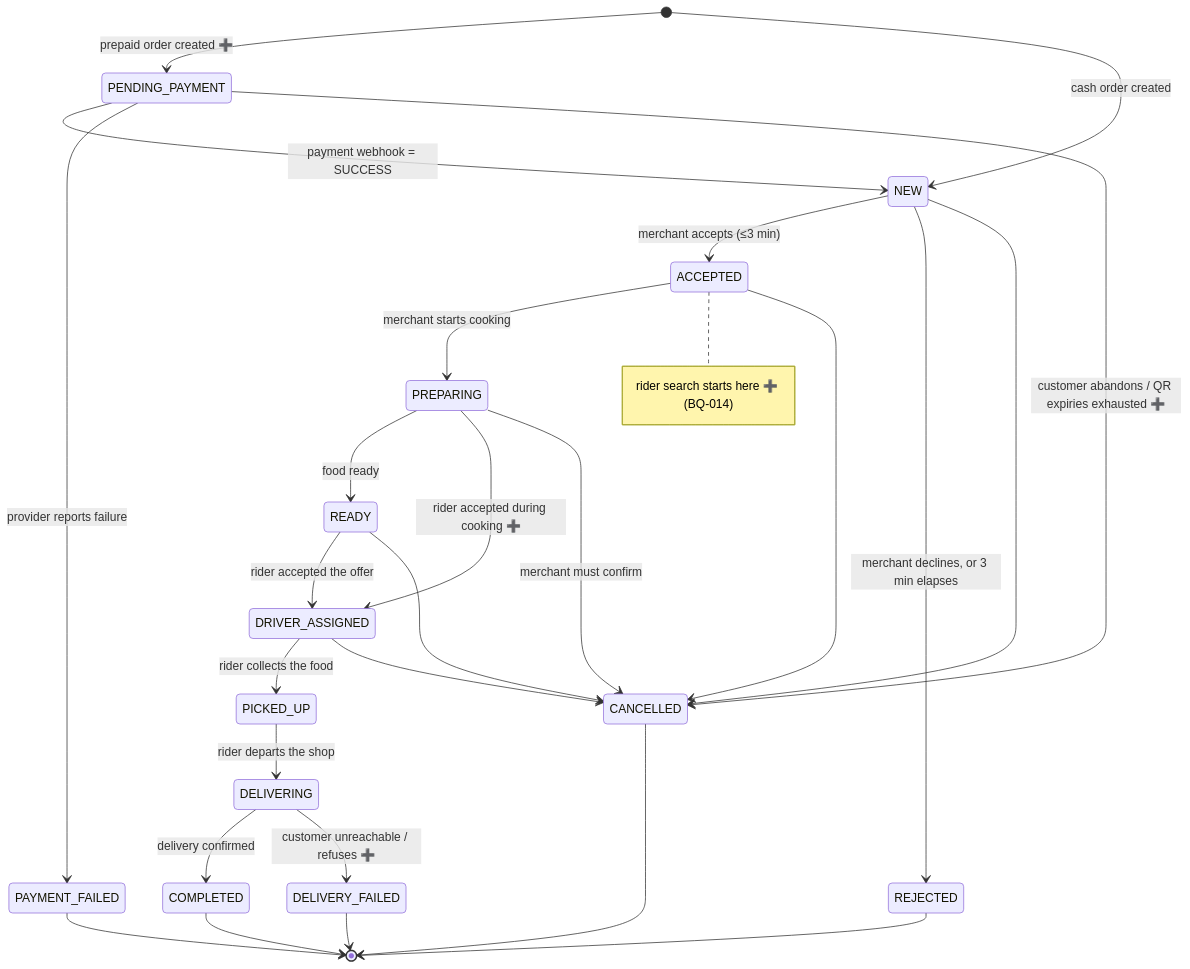
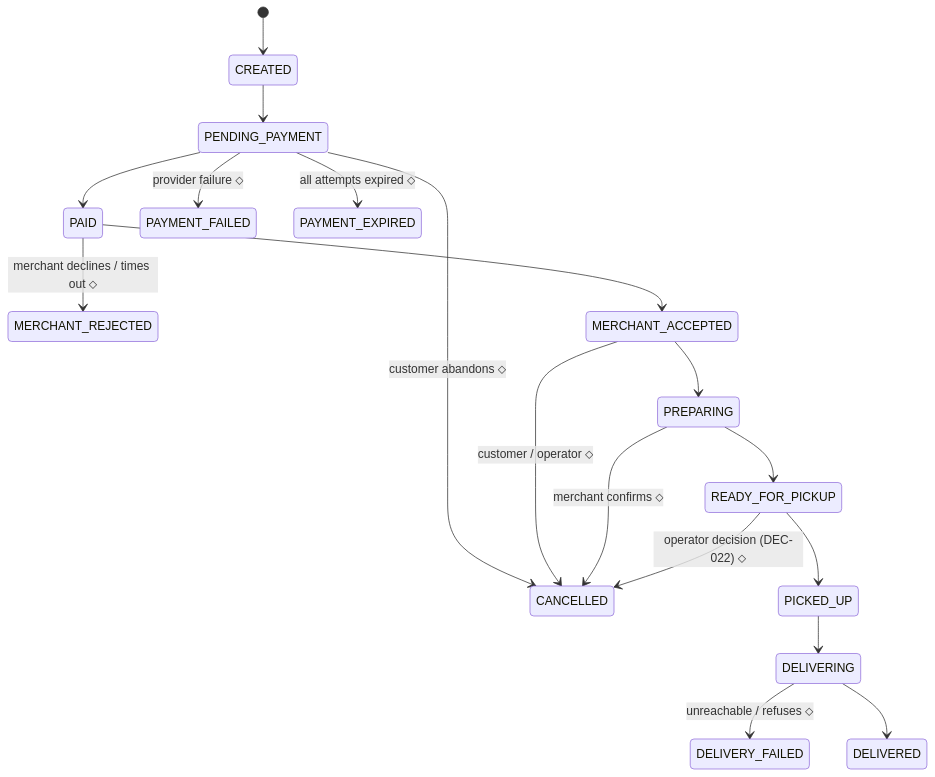
One commit to kmandev/banhao-design changed the third of 3 diagrams in docs/ORDER_LIFECYCLE.md. Above: the diagram before and after it, drawn with Mermaid. The commit also changed other lines of this file and 18 other files, not shown here.

````diff
--- a/docs/ORDER_LIFECYCLE.md
+++ b/docs/ORDER_LIFECYCLE.md
@@ -142,36 +150,20 @@
 ```mermaid
 stateDiagram-v2
-    [*] --> PENDING_PAYMENT : prepaid order created ➕
-    [*] --> NEW : cash order created
-
-    PENDING_PAYMENT --> NEW : payment webhook = SUCCESS
-    PENDING_PAYMENT --> PAYMENT_FAILED : provider reports failure
-    PENDING_PAYMENT --> CANCELLED : customer abandons / QR expiries exhausted ➕
-
-    NEW --> ACCEPTED : merchant accepts (≤3 min)
-    NEW --> REJECTED : merchant declines, or 3 min elapses
-
-    ACCEPTED --> PREPARING : merchant starts cooking
-    note right of ACCEPTED : rider search starts here ➕ (BQ-014)
-
-    PREPARING --> READY : food ready
-    READY --> DRIVER_ASSIGNED : rider accepted the offer
-    PREPARING --> DRIVER_ASSIGNED : rider accepted during cooking ➕
-
-    DRIVER_ASSIGNED --> PICKED_UP : rider collects the food
-    PICKED_UP --> DELIVERING : rider departs the shop
-    DELIVERING --> COMPLETED : delivery confirmed
-    DELIVERING --> DELIVERY_FAILED : customer unreachable / refuses ➕
-
-    ACCEPTED --> CANCELLED
-    PREPARING --> CANCELLED : merchant must confirm
-    READY --> CANCELLED
-    DRIVER_ASSIGNED --> CANCELLED
-    NEW --> CANCELLED
-
-    COMPLETED --> [*]
-    REJECTED --> [*]
-    CANCELLED --> [*]
-    PAYMENT_FAILED --> [*]
-    DELIVERY_FAILED --> [*]
+    [*] --> CREATED
+    CREATED --> PENDING_PAYMENT
+    PENDING_PAYMENT --> PAID
+    PENDING_PAYMENT --> PAYMENT_FAILED : provider failure ⬦
+    PENDING_PAYMENT --> PAYMENT_EXPIRED : all attempts expired ⬦
+    PENDING_PAYMENT --> CANCELLED : customer abandons ⬦
+    PAID --> MERCHANT_REJECTED : merchant declines / times out ⬦
+    PAID --> MERCHANT_ACCEPTED
+    MERCHANT_ACCEPTED --> CANCELLED : customer / operator ⬦
+    PREPARING --> CANCELLED : merchant confirms ⬦
+    READY_FOR_PICKUP --> CANCELLED : operator decision (DEC-022) ⬦
+    DELIVERING --> DELIVERY_FAILED : unreachable / refuses ⬦
+    MERCHANT_ACCEPTED --> PREPARING
+    PREPARING --> READY_FOR_PICKUP
+    READY_FOR_PICKUP --> PICKED_UP
+    PICKED_UP --> DELIVERING
+    DELIVERING --> DELIVERED
 ```
````
